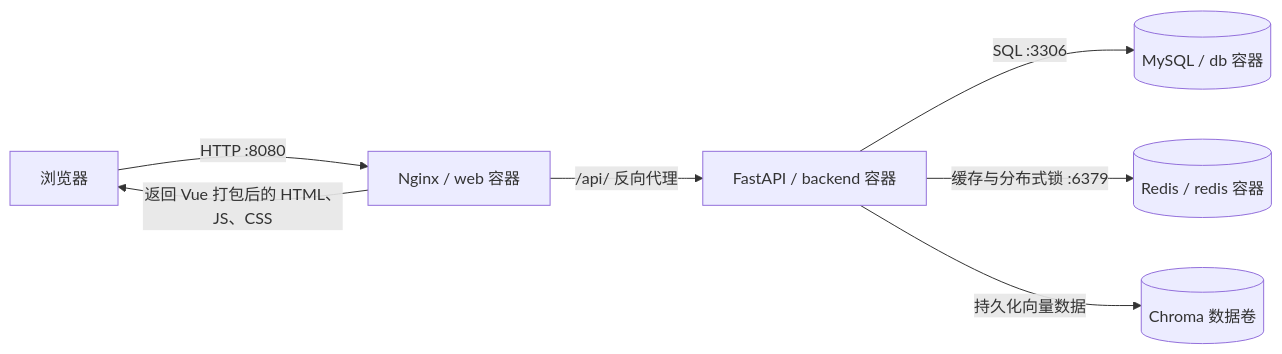
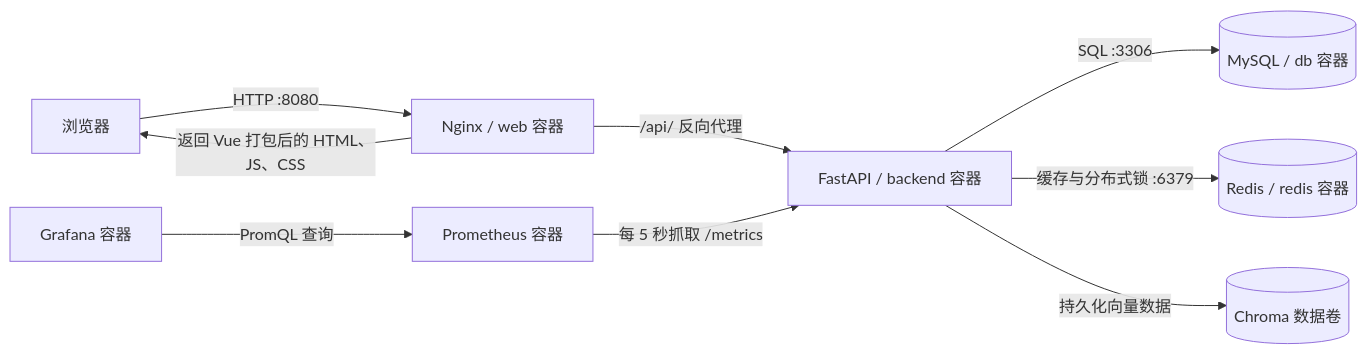
One commit to qingju-cell/shopping changed the diagram in README.md. Above: the diagram before and after it, drawn with Mermaid. The commit also changed other lines of this file and 17 other files, not shown here.

````diff
--- a/README.md
+++ b/README.md
@@ -146,9 +146,11 @@
 ```mermaid
 flowchart LR
     Browser[浏览器] -->|HTTP :8080| Nginx[Nginx / web 容器]
     Nginx -->|返回 Vue 打包后的 HTML、JS、CSS| Browser
     Nginx -->|/api/ 反向代理| Backend[FastAPI / backend 容器]
     Backend -->|SQL :3306| MySQL[(MySQL / db 容器)]
     Backend -->|缓存与分布式锁 :6379| Redis[(Redis / redis 容器)]
-    Backend -->|持久化向量数据| Chroma[(Chroma 数据卷)]
+Backend -->|持久化向量数据| Chroma[(Chroma 数据卷)]
+    Prometheus[Prometheus 容器] -->|每 5 秒抓取 /metrics| Backend
+    Grafana[Grafana 容器] -->|PromQL 查询| Prometheus
 ```
````
